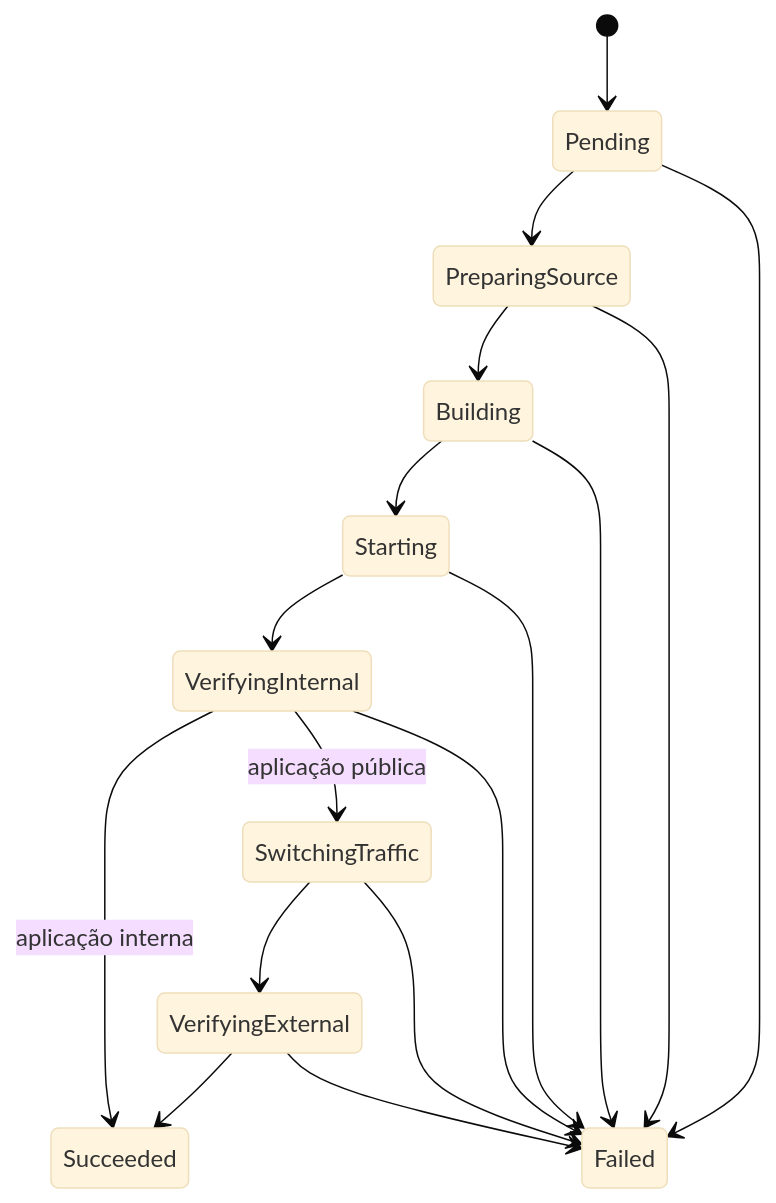
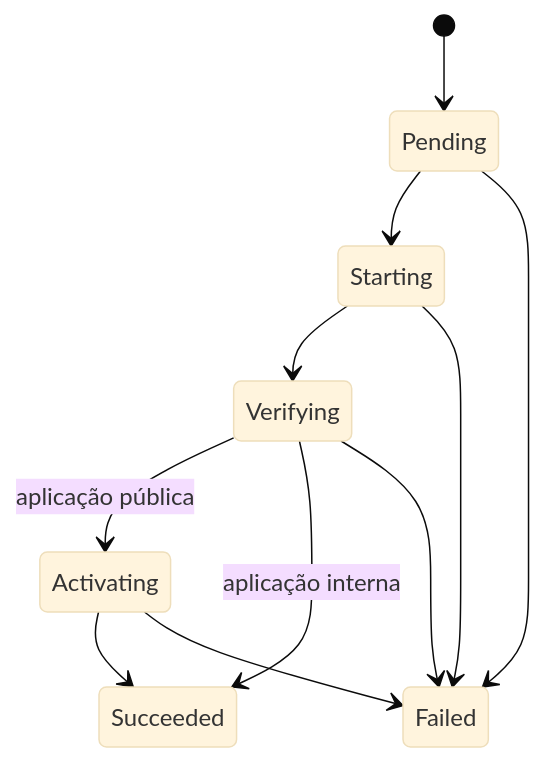
The diagram in docs/architecture/architecture.md (vitoraalmeida/pneuma), drawn with Mermaid (base theme) before and after one commit. The commit also changed other lines of this file and 18 other files, not shown here.

````diff
--- a/docs/architecture/architecture.md
+++ b/docs/architecture/architecture.md
@@ -104,20 +114,14 @@
 ```mermaid
 stateDiagram-v2
     [*] --> Pending
-    Pending --> PreparingSource
-    PreparingSource --> Building
-    Building --> Starting
-    Starting --> VerifyingInternal
-    VerifyingInternal --> Succeeded : aplicação interna
-    VerifyingInternal --> SwitchingTraffic : aplicação pública
-    SwitchingTraffic --> VerifyingExternal
-    VerifyingExternal --> Succeeded
+    Pending --> Starting
+    Starting --> Verifying
+    Verifying --> Activating : aplicação pública
+    Verifying --> Succeeded : aplicação interna
+    Activating --> Succeeded
 
     Pending --> Failed
-    PreparingSource --> Failed
-    Building --> Failed
     Starting --> Failed
-    VerifyingInternal --> Failed
-    SwitchingTraffic --> Failed
-    VerifyingExternal --> Failed
+    Verifying --> Failed
+    Activating --> Failed
 ```
````
